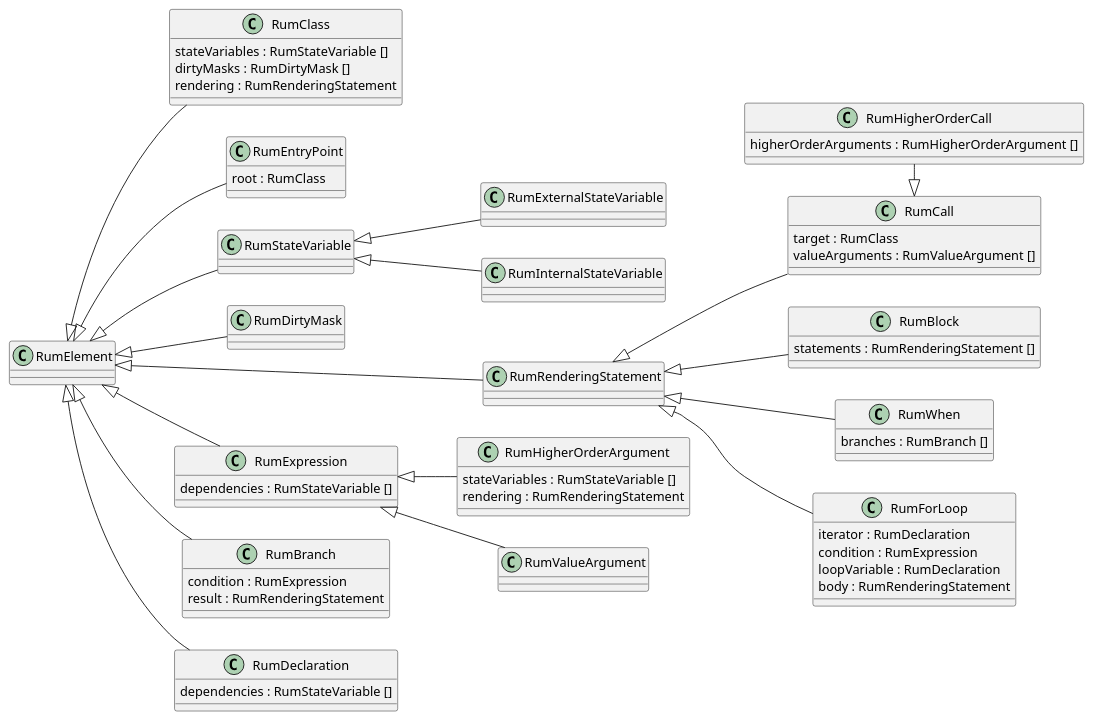
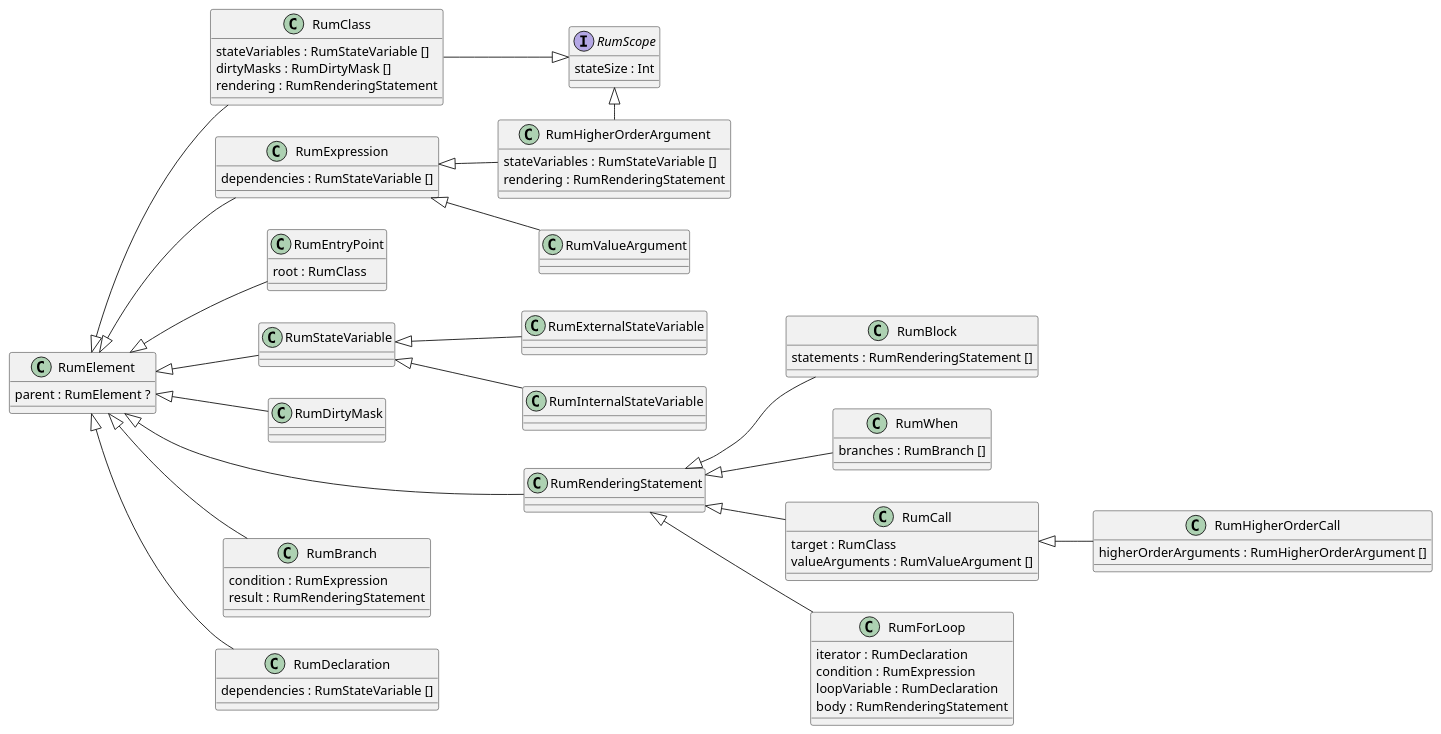
The diagram in doc/internals/Rum.puml (spxbhuhb/rui), drawn with PlantUML before and after one commit. The commit also changed 2 other files, not shown here.

Commit message:
RUM, AIR planning

```diff
--- a/doc/internals/Rum.puml
+++ b/doc/internals/Rum.puml
@@ -1,88 +1,96 @@
 @startuml
 
 left to right direction
 
 class RumClass {
     stateVariables : RumStateVariable []
     dirtyMasks : RumDirtyMask []
     rendering : RumRenderingStatement
 }
 RumElement <|-- RumClass
+RumScope <|-u- RumClass
+
+class RumExpression {
+    dependencies : RumStateVariable []
+}
+RumElement <|-- RumExpression
 
 class RumEntryPoint {
     root : RumClass
 }
 RumElement <|-- RumEntryPoint
 
 class RumExternalStateVariable
 RumStateVariable <|-- RumExternalStateVariable
 
 class RumInternalStateVariable
 RumStateVariable <|-- RumInternalStateVariable
 
 class RumStateVariable
 RumElement <|-- RumStateVariable
 
 class RumDirtyMask
 RumElement <|-- RumDirtyMask
 
 class RumBlock {
     statements : RumRenderingStatement []
 }
 RumRenderingStatement <|-- RumBlock
 
 class RumWhen {
     branches : RumBranch []
 }
 RumRenderingStatement <|-- RumWhen
 
 class RumCall {
     target : RumClass
     valueArguments : RumValueArgument []
 }
 RumRenderingStatement <|-- RumCall
 
 class RumForLoop {
     iterator : RumDeclaration
     condition : RumExpression
     loopVariable : RumDeclaration
     body : RumRenderingStatement
 }
 RumRenderingStatement <|-- RumForLoop
 
 class RumHigherOrderCall {
     higherOrderArguments : RumHigherOrderArgument []
 }
-RumCall <|-l- RumHigherOrderCall
+RumCall <|-- RumHigherOrderCall
 
 class RumRenderingStatement
 RumElement <|--- RumRenderingStatement
 
 class RumHigherOrderArgument {
     stateVariables : RumStateVariable []
     rendering : RumRenderingStatement
 }
 RumExpression <|-- RumHigherOrderArgument
+RumScope <|-r- RumHigherOrderArgument
 
 class RumBranch {
     condition : RumExpression
     result : RumRenderingStatement
 }
 RumElement <|-- RumBranch
-
-class RumExpression {
-    dependencies : RumStateVariable []
-}
-RumElement <|-- RumExpression
 
 class RumDeclaration {
     dependencies : RumStateVariable []
 }
 RumElement <|-- RumDeclaration
 
 class RumValueArgument
 RumExpression <|-- RumValueArgument
 
-class RumElement
+interface RumScope {
+    stateSize : Int
+}
+
+class RumElement {
+    parent : RumElement ?
+}
 
 @enduml
```
